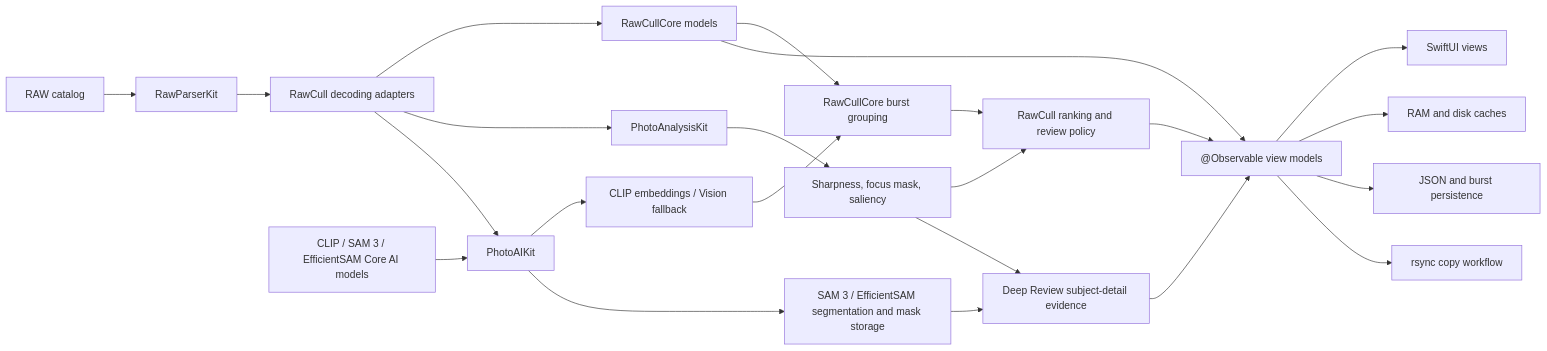
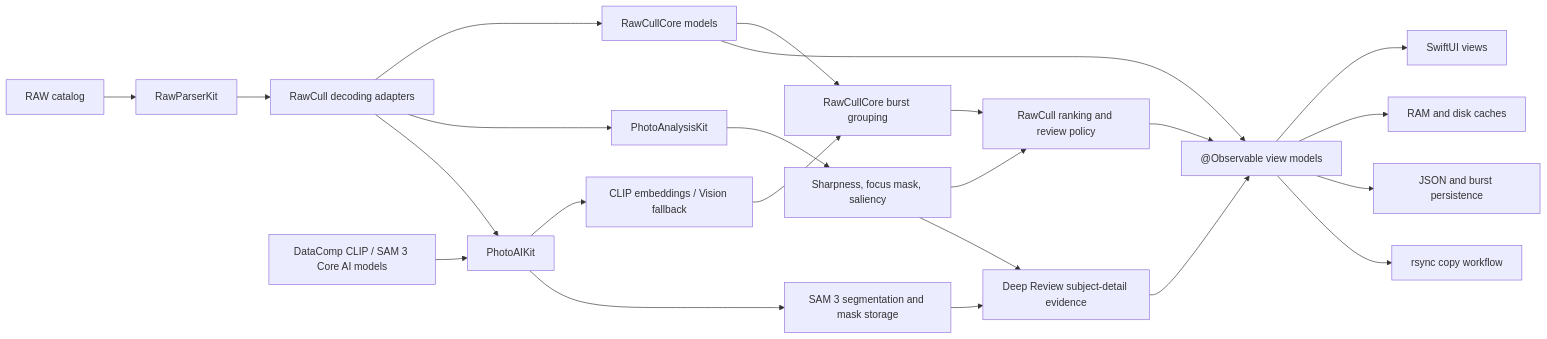
The first of 2 diagrams in README.md (rsyncOSX/RawCull), drawn with Mermaid before and after one commit. The commit also changed other lines of this file, not shown here.

````diff
--- a/README.md
+++ b/README.md
@@ -184,25 +176,25 @@
 ```mermaid
 flowchart LR
     Catalog["RAW catalog"] --> Parser["RawParserKit"]
     Parser --> Adapter["RawCull decoding adapters"]
     Adapter --> Domain["RawCullCore models"]
     Adapter --> Analysis["PhotoAnalysisKit"]
     Adapter --> PhotoAI["PhotoAIKit"]
-    Models["CLIP / SAM 3 / EfficientSAM Core AI models"] --> PhotoAI
+    Models["DataComp CLIP / SAM 3 Core AI models"] --> PhotoAI
     Analysis --> Sharpness["Sharpness, focus mask, saliency"]
     PhotoAI --> Similarity["CLIP embeddings / Vision fallback"]
-    PhotoAI --> Masks["SAM 3 / EfficientSAM segmentation and mask storage"]
+    PhotoAI --> Masks["SAM 3 segmentation and mask storage"]
     Domain --> Bursts["RawCullCore burst grouping"]
     Similarity --> Bursts
     Sharpness --> Ranking["RawCull ranking and review policy"]
     Bursts --> Ranking
     Masks --> DeepReview["Deep Review subject-detail evidence"]
     Sharpness --> DeepReview
     Domain --> ViewModels["@Observable view models"]
     Ranking --> ViewModels
     DeepReview --> ViewModels
     ViewModels --> UI["SwiftUI views"]
     ViewModels --> Cache["RAM and disk caches"]
     ViewModels --> Persistence["JSON and burst persistence"]
     ViewModels --> Copy["rsync copy workflow"]
 ```
````
